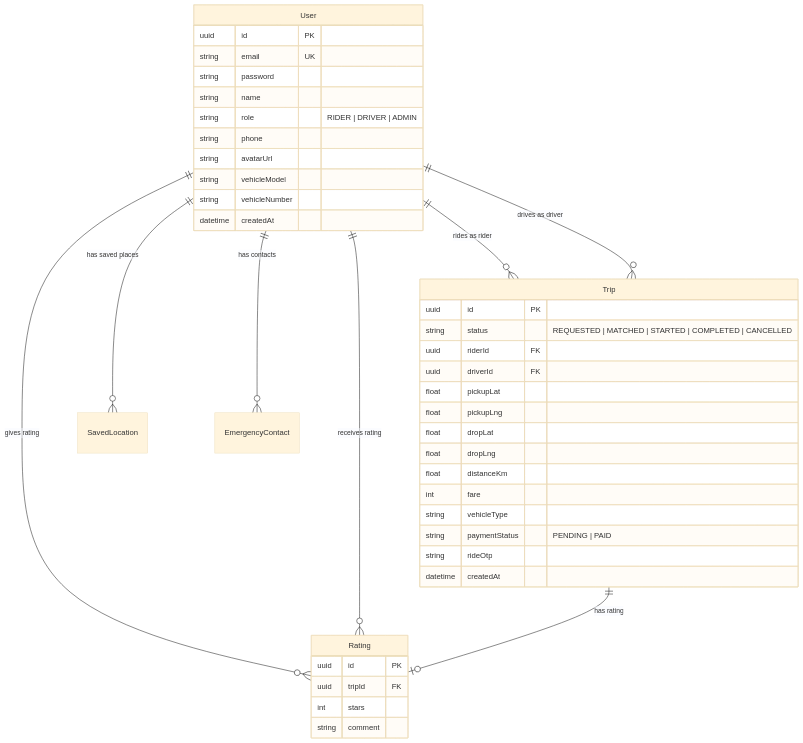
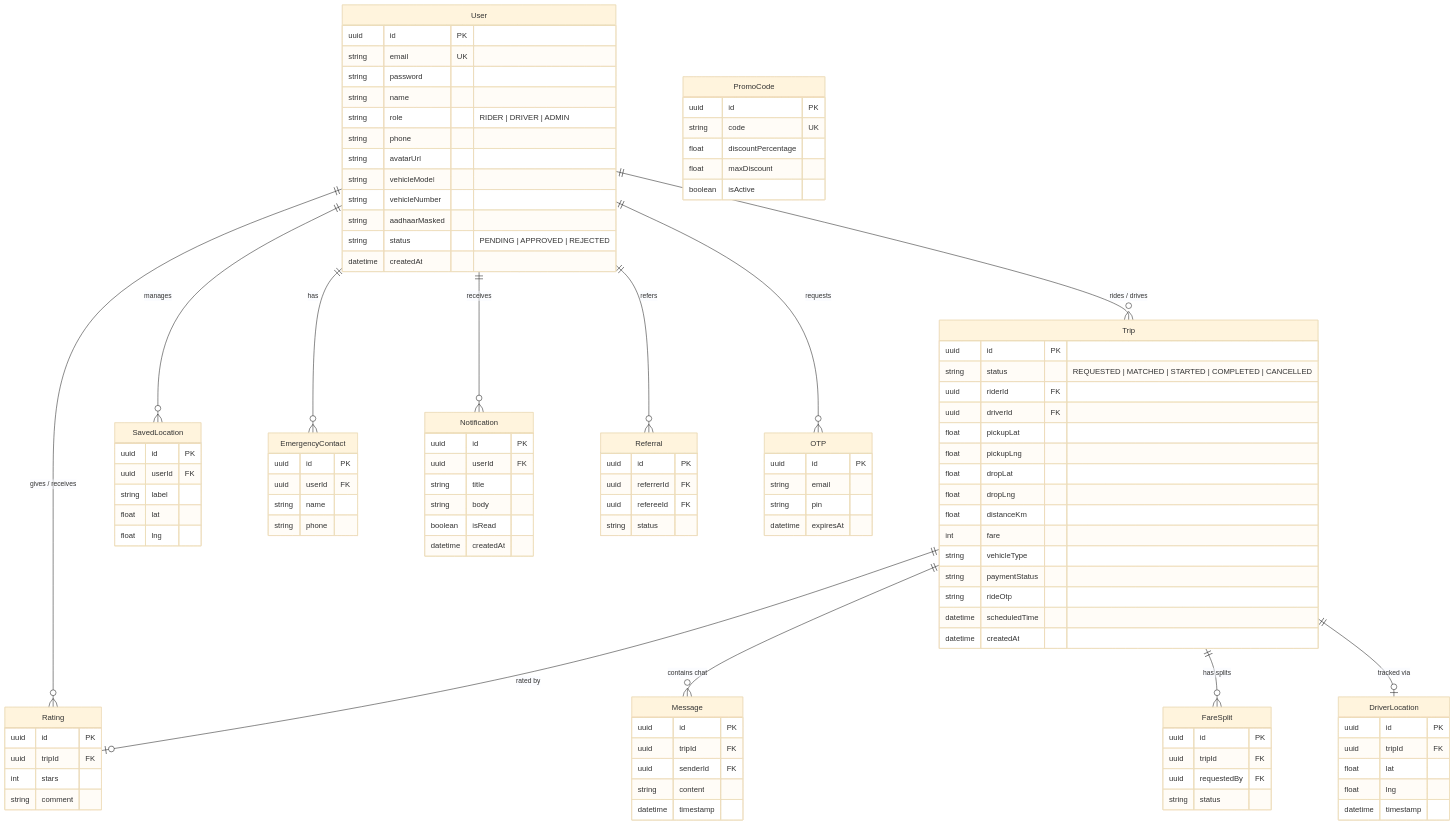
One commit to sarthaksaxenaa/RideShare-Platform changed the second of 2 diagrams in README.md. Above: the diagram before and after it, drawn with Mermaid (base theme). The commit also changed other lines of this file, not shown here.

Commit message:
docs: comprehensive README with all 30+ features, complete API docs, ER diagram, socket events

````diff
--- a/README.md
+++ b/README.md
@@ -118,13 +142,17 @@
 ```mermaid
 erDiagram
-    User ||--o{ Trip : "rides as rider"
-    User ||--o{ Trip : "drives as driver"
-    User ||--o{ Rating : "gives rating"
-    User ||--o{ Rating : "receives rating"
-    User ||--o{ SavedLocation : "has saved places"
-    User ||--o{ EmergencyContact : "has contacts"
-    Trip ||--o| Rating : "has rating"
-
+    User ||--o{ Trip : "rides / drives"
+    User ||--o{ Rating : "gives / receives"
+    User ||--o{ SavedLocation : "manages"
+    User ||--o{ EmergencyContact : "has"
+    User ||--o{ Notification : "receives"
+    User ||--o{ Referral : "refers"
+    Trip ||--o| Rating : "rated by"
+    Trip ||--o{ Message : "contains chat"
+    Trip ||--o{ FareSplit : "has splits"
+    Trip ||--o| DriverLocation : "tracked via"
+    User ||--o{ OTP : "requests"
+    
     User {
         uuid id PK
         string email UK
@@ -135,6 +163,8 @@
         string avatarUrl
         string vehicleModel
         string vehicleNumber
+        string aadhaarMasked
+        string status "PENDING | APPROVED | REJECTED"
         datetime createdAt
     }
 
@@ -150,9 +180,79 @@
         float distanceKm
         int fare
         string vehicleType
-        string paymentStatus "PENDING | PAID"
+        string paymentStatus
         string rideOtp
+        datetime scheduledTime
         datetime createdAt
+    }
+
+    PromoCode {
+        uuid id PK
+        string code UK
+        float discountPercentage
+        float maxDiscount
+        boolean isActive
+    }
+
+    Message {
+        uuid id PK
+        uuid tripId FK
+        uuid senderId FK
+        string content
+        datetime timestamp
+    }
+
+    Notification {
+        uuid id PK
+        uuid userId FK
+        string title
+        string body
+        boolean isRead
+        datetime createdAt
+    }
+
+    DriverLocation {
+        uuid id PK
+        uuid tripId FK
+        float lat
+        float lng
+        datetime timestamp
+    }
+
+    EmergencyContact {
+        uuid id PK
+        uuid userId FK
+        string name
+        string phone
+    }
+
+    SavedLocation {
+        uuid id PK
+        uuid userId FK
+        string label
+        float lat
+        float lng
+    }
+
+    FareSplit {
+        uuid id PK
+        uuid tripId FK
+        uuid requestedBy FK
+        string status
+    }
+
+    Referral {
+        uuid id PK
+        uuid referrerId FK
+        uuid refereeId FK
+        string status
+    }
+
+    OTP {
+        uuid id PK
+        string email
+        string pin
+        datetime expiresAt
     }
 
     Rating {
````
